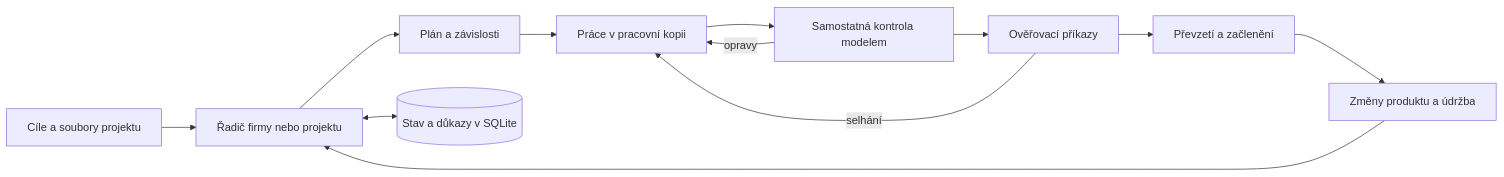
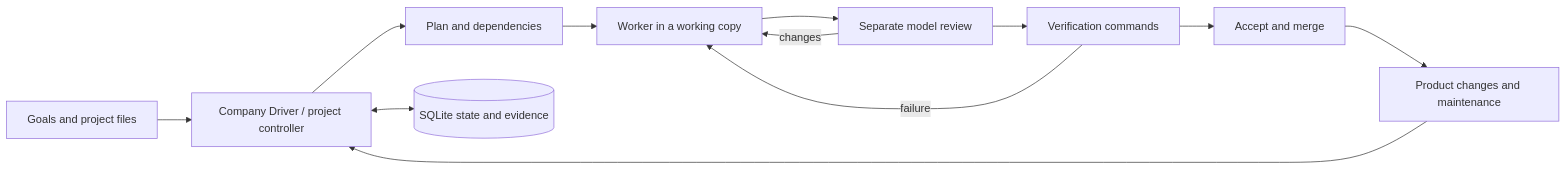
The diagram in README.md (RulezZzOr/miner), drawn with Mermaid before and after one commit. The commit also changed other lines of this file and 69 other files, not shown here.

````diff
--- a/README.md
+++ b/README.md
@@ -52,14 +57,14 @@
 ```mermaid
 flowchart LR
-    Owner[Cíle a soubory projektu] --> Driver[Řadič firmy nebo projektu]
-    Driver --> Plan[Plán a závislosti]
-    Plan --> Worker[Práce v pracovní kopii]
-    Worker --> Review[Samostatná kontrola modelem]
-    Review --> Checks[Ověřovací příkazy]
-    Checks --> Accept[Převzetí a začlenění]
-    Review -->|opravy| Worker
-    Checks -->|selhání| Worker
-    Accept --> Queue[Změny produktu a údržba]
+    Owner[Goals and project files] --> Driver[Company Driver / project controller]
+    Driver --> Plan[Plan and dependencies]
+    Plan --> Worker[Worker in a working copy]
+    Worker --> Review[Separate model review]
+    Review --> Checks[Verification commands]
+    Checks --> Accept[Accept and merge]
+    Review -->|changes| Worker
+    Checks -->|failure| Worker
+    Accept --> Queue[Product changes and maintenance]
     Queue --> Driver
-    Driver <--> State[(Stav a důkazy v SQLite)]
+    Driver <--> State[(SQLite state and evidence)]
 ```
````
